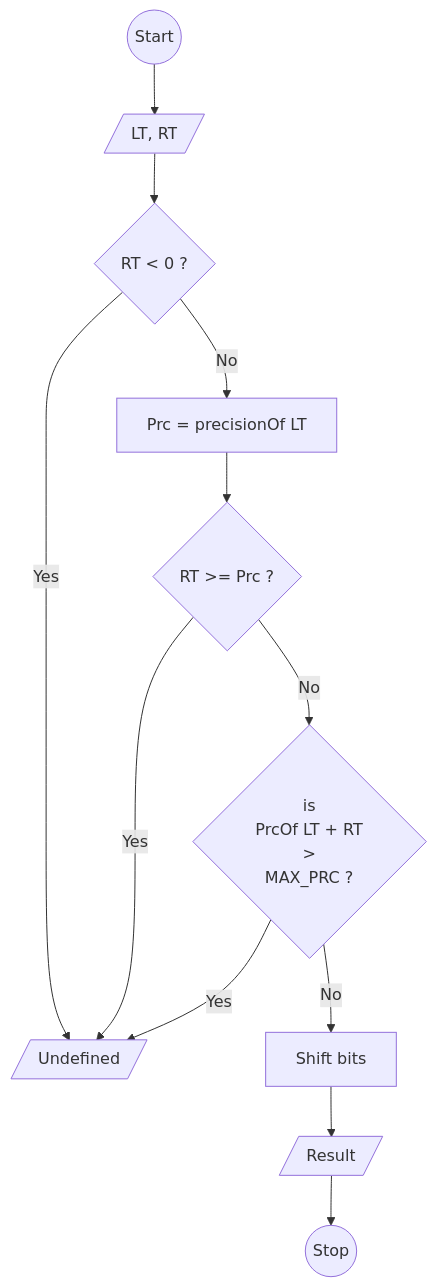
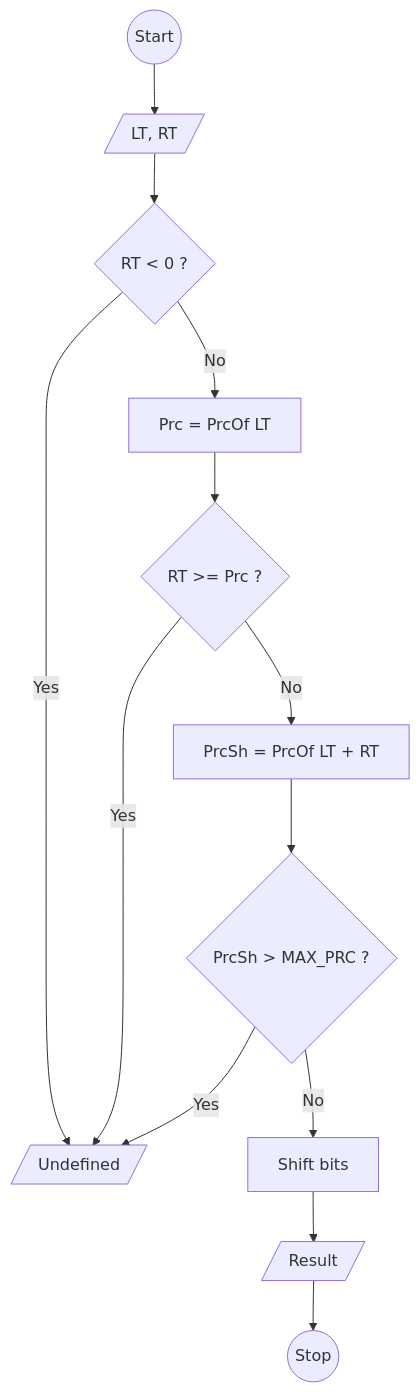
Before and after one commit to imdhemy/leetCode: the diagram in notes/bitwise-operators.md, drawn with Mermaid. The commit also changed 1 other file, not shown here.

Commit message:
update left shift notes

````diff
--- a/notes/bitwise-operators.md
+++ b/notes/bitwise-operators.md
@@ -89,24 +89,26 @@
 ```mermaid
 flowchart TB
     start((Start))
     input[/LT, RT/]
     stop((Stop))
     undefined[/Undefined/]
     shift[Shift bits]
     result[/Result/]
     isNegative{RT < 0 ?}
-    calcPrecision[Prc = precisionOf LT]
+    calcPrecision[Prc = PrcOf LT]
     isGTPercision{RT >= Prc ?}
-    isExceedingMax{is\n PrcOf LT + RT\n >\n MAX_PRC ?}
+    prcAfterShift[PrcSh = PrcOf LT + RT]
+    isExceedingMax{PrcSh > MAX_PRC ?}
     
     start-->input-->isNegative
     isNegative-->|Yes| undefined
     isNegative-->|No| calcPrecision
     calcPrecision--> isGTPercision
     isGTPercision-->|Yes| undefined
-    isGTPercision-->|No| isExceedingMax
+    isGTPercision-->|No| prcAfterShift
+    prcAfterShift-->isExceedingMax
     isExceedingMax-->|Yes| undefined
     isExceedingMax-->|No| shift
     -->result
     -->stop
 ```
````
